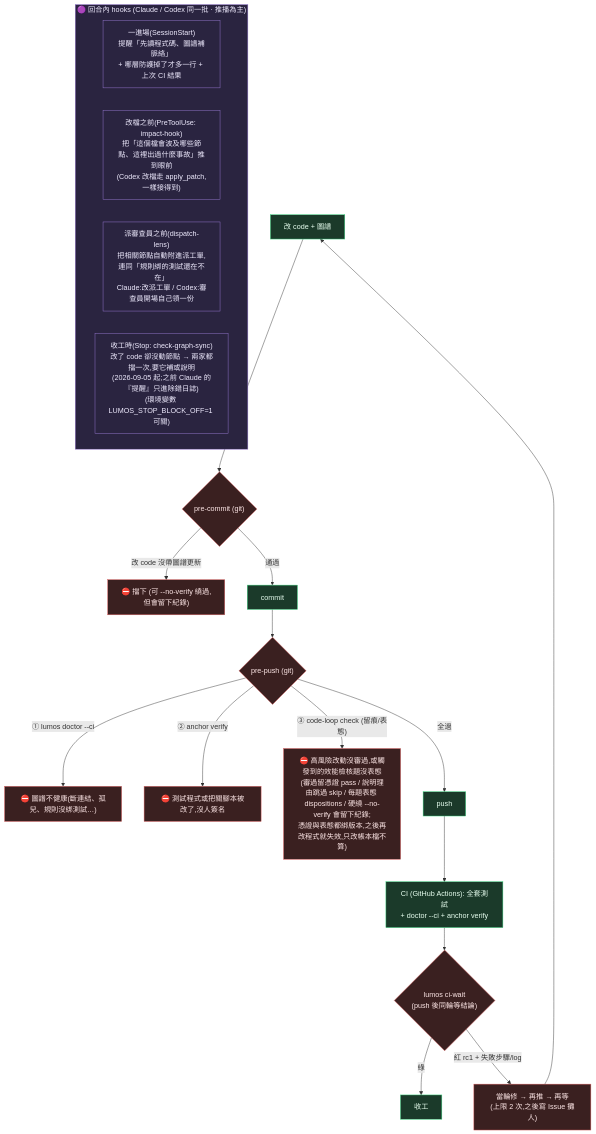
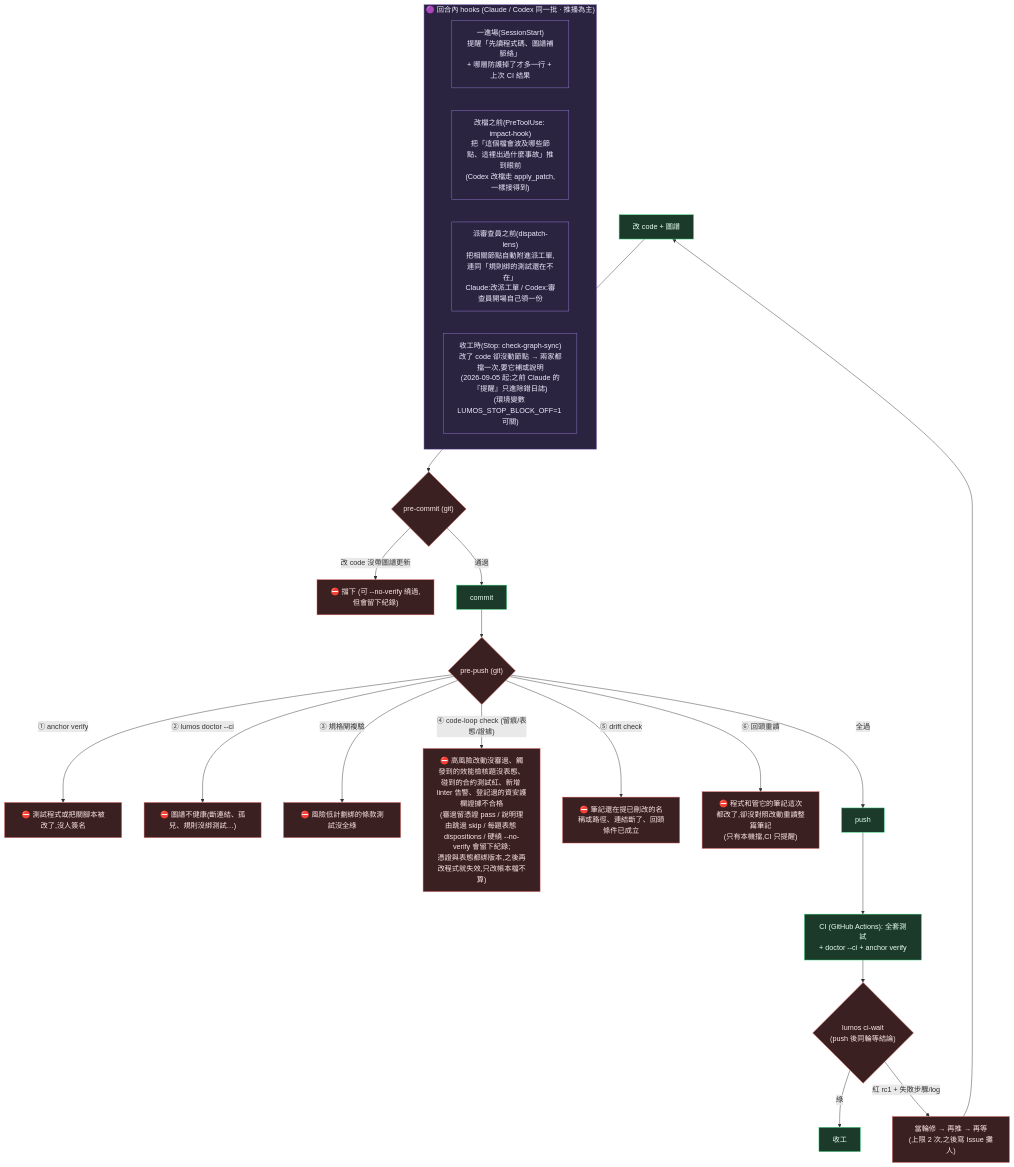
One commit to EnzoHsieh-Android/Lumos changed the fourth of 5 diagrams in ARCHITECTURE.md. Above: the diagram before and after it, drawn with Mermaid. The commit also changed other lines of this file and 17 other files, not shown here.

````diff
--- a/ARCHITECTURE.md
+++ b/ARCHITECTURE.md
@@ -162,32 +162,35 @@
 ```mermaid
 flowchart TB
     subgraph BEFORE["🟣 回合內 hooks (Claude / Codex 同一批 · 推播為主)"]
         ENTRY["一進場(SessionStart)<br/>提醒「先讀程式碼、圖譜補脈絡」<br/>+ 哪層防護掉了才多一行 + 上次 CI 結果"]
         PRE["改檔之前(PreToolUse: impact-hook)<br/>把「這個檔會波及哪些節點、這裡出過什麼事故」推到眼前<br/>(Codex 改檔走 apply_patch,一樣接得到)"]
         LENS["派審查員之前(dispatch-lens)<br/>把相關節點自動附進派工單,連同「規則綁的測試還在不在」<br/>Claude:改派工單 / Codex:審查員開場自己領一份"]
         STOPH["收工時(Stop: check-graph-sync)<br/>改了 code 卻沒動節點 → 兩家都擋一次,要它補或說明<br/>(2026-09-05 起;之前 Claude 的『提醒』只進除錯日誌)<br/>(環境變數 LUMOS_STOP_BLOCK_OFF=1 可關)"]
     end
 
     EDIT["改 code + 圖譜"] --> PC{"pre-commit (git)"}
     PC -->|"改 code 沒帶圖譜更新"| BLOCK["⛔ 擋下 (可 --no-verify 繞過,但會留下紀錄)"]
     PC -->|通過| COMMIT["commit"]
 
     COMMIT --> PUSH{"pre-push (git)"}
-    PUSH -->|"① lumos doctor --ci"| PB1["⛔ 圖譜不健康(斷連結、孤兒、規則沒綁測試…)"]
-    PUSH -->|"② anchor verify"| PB2["⛔ 測試程式或把關腳本被改了,沒人簽名"]
-    PUSH -->|"③ code-loop check (留痕/表態)"| PB3["⛔ 高風險改動沒審過,或觸發到的效能檢核題沒表態<br/>(審過留憑證 pass / 說明理由跳過 skip / 每題表態 dispositions / 硬繞 --no-verify 會留下紀錄;<br/>憑證與表態都綁版本,之後再改程式就失效,只改帳本檔不算)"]
+    PUSH -->|"① anchor verify"| PB2["⛔ 測試程式或把關腳本被改了,沒人簽名"]
+    PUSH -->|"② lumos doctor --ci"| PB1["⛔ 圖譜不健康(斷連結、孤兒、規則沒綁測試…)"]
+    PUSH -->|"③ 規格閘複驗"| PB4["⛔ 風險低計劃綁的條款測試沒全綠"]
+    PUSH -->|"④ code-loop check (留痕/表態/證據)"| PB3["⛔ 高風險改動沒審過、觸發到的效能檢核題沒表態、<br/>碰到的合約測試紅、新增 linter 告警、登記過的資安護欄證據不合格<br/>(審過留憑證 pass / 說明理由跳過 skip / 每題表態 dispositions / 硬繞 --no-verify 會留下紀錄;<br/>憑證與表態都綁版本,之後再改程式就失效,只改帳本檔不算)"]
+    PUSH -->|"⑤ drift check"| PB5["⛔ 筆記還在提已刪改的名稱或路徑、連結斷了、回頭條件已成立"]
+    PUSH -->|"⑥ 回頭重讀"| PB6["⛔ 程式和管它的筆記這次都改了,卻沒對照改動重讀整篇筆記<br/>(只有本機擋,CI 只提醒)"]
     PUSH -->|全過| PASS["push"]
     PASS --> CI["CI (GitHub Actions): 全套測試<br/>+ doctor --ci + anchor verify"]
     CI --> WAIT{"lumos ci-wait<br/>(push 後同輪等結論)"}
     WAIT -->|綠| DONE["收工"]
     WAIT -->|"紅 rc1 + 失敗步驟/log"| FIX["當輪修 → 再推 → 再等<br/>(上限 2 次,之後寫 Issue 攤人)"]
     FIX --> EDIT
 
     classDef gate fill:#3a2020,stroke:#dc5b5b,color:#ffe8e8
     classDef ok fill:#1b3a2a,stroke:#3ddc84,color:#e8fff0
     classDef push fill:#2a2440,stroke:#9a7bd6,color:#f0ecff
-    class PC,PUSH,BLOCK,PB1,PB2,PB3 gate
+    class PC,PUSH,BLOCK,PB1,PB2,PB3,PB4,PB5,PB6 gate
     class COMMIT,PASS,CI,EDIT,DONE ok
     class WAIT,FIX gate
     class BEFORE,ENTRY,PRE,LENS,STOPH push
 ```
````
